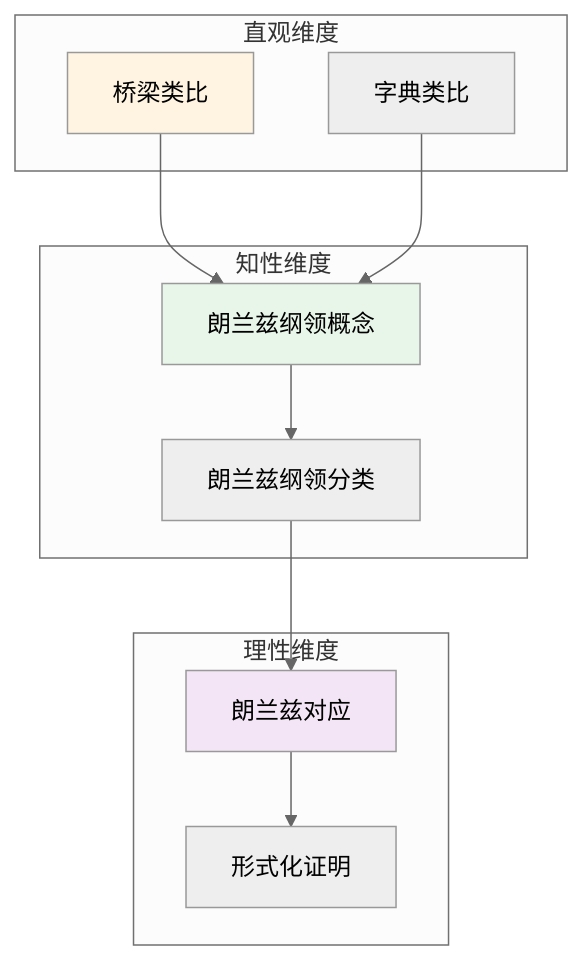
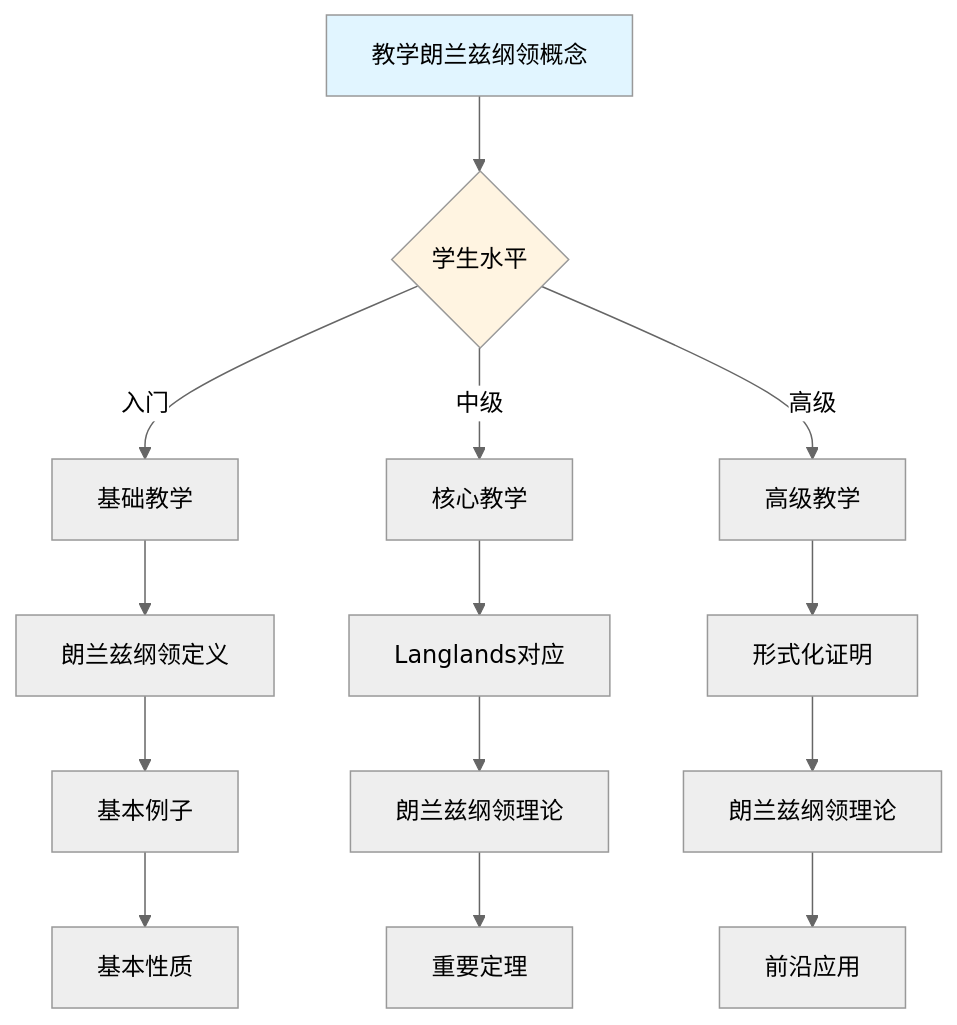
Before and after one commit to AdaMartin18010/FormalMath: diagram 11 of 11 in concept/核心概念/33-朗兰兹纲领.md, drawn with Mermaid (neutral theme). The commit also changed other lines of this file and 4793 other files, not shown here.

````diff
--- a/concept/核心概念/33-朗兰兹纲领.md
+++ b/concept/核心概念/33-朗兰兹纲领.md
@@ -781,27 +2504,22 @@
 ```mermaid
-graph TB
-    subgraph 直观维度
-        A1[桥梁类比]
-        A2[字典类比]
-    end
+graph TD
+    A[教学朗兰兹纲领概念] --> B{学生水平}
+    B -->|入门| C[基础教学]
+    B -->|中级| D[核心教学]
+    B -->|高级| E[高级教学]
 
-    subgraph 知性维度
-        B1[朗兰兹纲领概念]
-        B2[朗兰兹纲领分类]
-    end
+    C --> C1[朗兰兹纲领定义]
+    C1 --> C2[基本例子]
+    C2 --> C3[基本性质]
 
-    subgraph 理性维度
-        C1[朗兰兹对应]
-        C2[形式化证明]
-    end
+    D --> D1[Langlands对应]
+    D1 --> D2[朗兰兹纲领理论]
+    D2 --> D3[重要定理]
 
-    A1 --> B1
-    A2 --> B1
-    B1 --> B2
-    B2 --> C1
-    C1 --> C2
+    E --> E1[形式化证明]
+    E1 --> E2[朗兰兹纲领理论]
+    E2 --> E3[前沿应用]
 
-    style A1 fill:#fff4e1
-    style B1 fill:#e8f5e9
-    style C1 fill:#f3e5f5
+    style A fill:#e1f5ff
+    style B fill:#fff4e1
 ```
````
